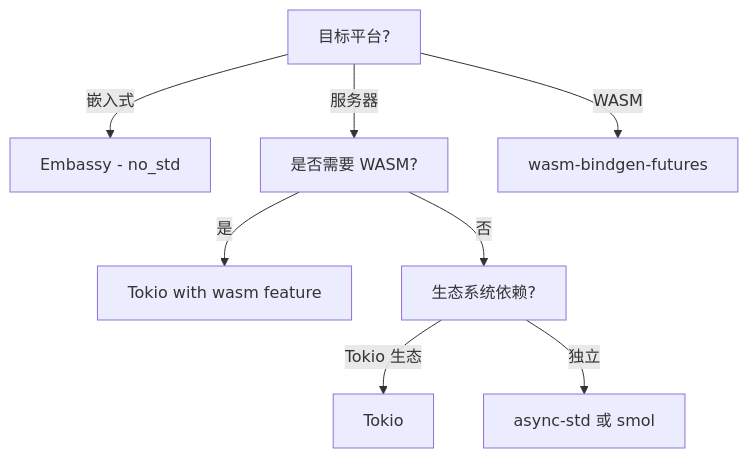
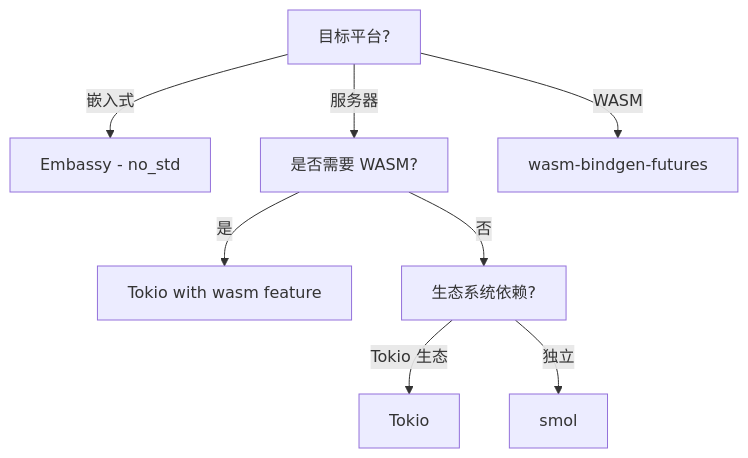
One commit to martin-ly/rust-lang changed the second of 2 diagrams in docs/05_guides/05_async_programming_usage_guide.md. Above: the diagram before and after it, drawn with Mermaid. The commit also changed other lines of this file and 1463 other files, not shown here.

````diff
--- a/docs/05_guides/05_async_programming_usage_guide.md
+++ b/docs/05_guides/05_async_programming_usage_guide.md
@@ -1880,10 +1880,10 @@
 ```mermaid
 graph TD
     Q1[目标平台?] -->|嵌入式| A1[Embassy - no_std]
     Q1 -->|服务器| Q2[是否需要 WASM?]
     Q1 -->|WASM| A2[wasm-bindgen-futures]
     Q2 -->|是| A3[Tokio with wasm feature]
     Q2 -->|否| Q3[生态系统依赖?]
     Q3 -->|Tokio 生态| A4[Tokio]
-    Q3 -->|独立| A5[async-std 或 smol]
+    Q3 -->|独立| A5[smol]
 ```
````
